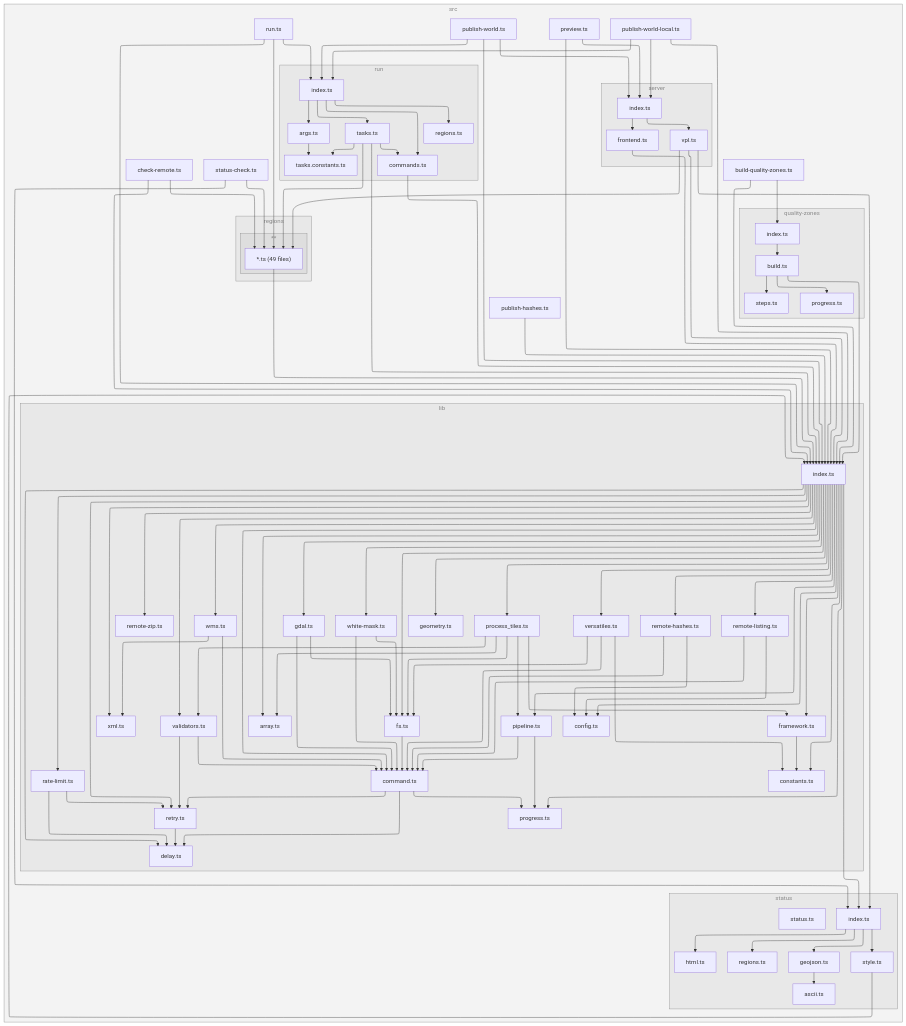
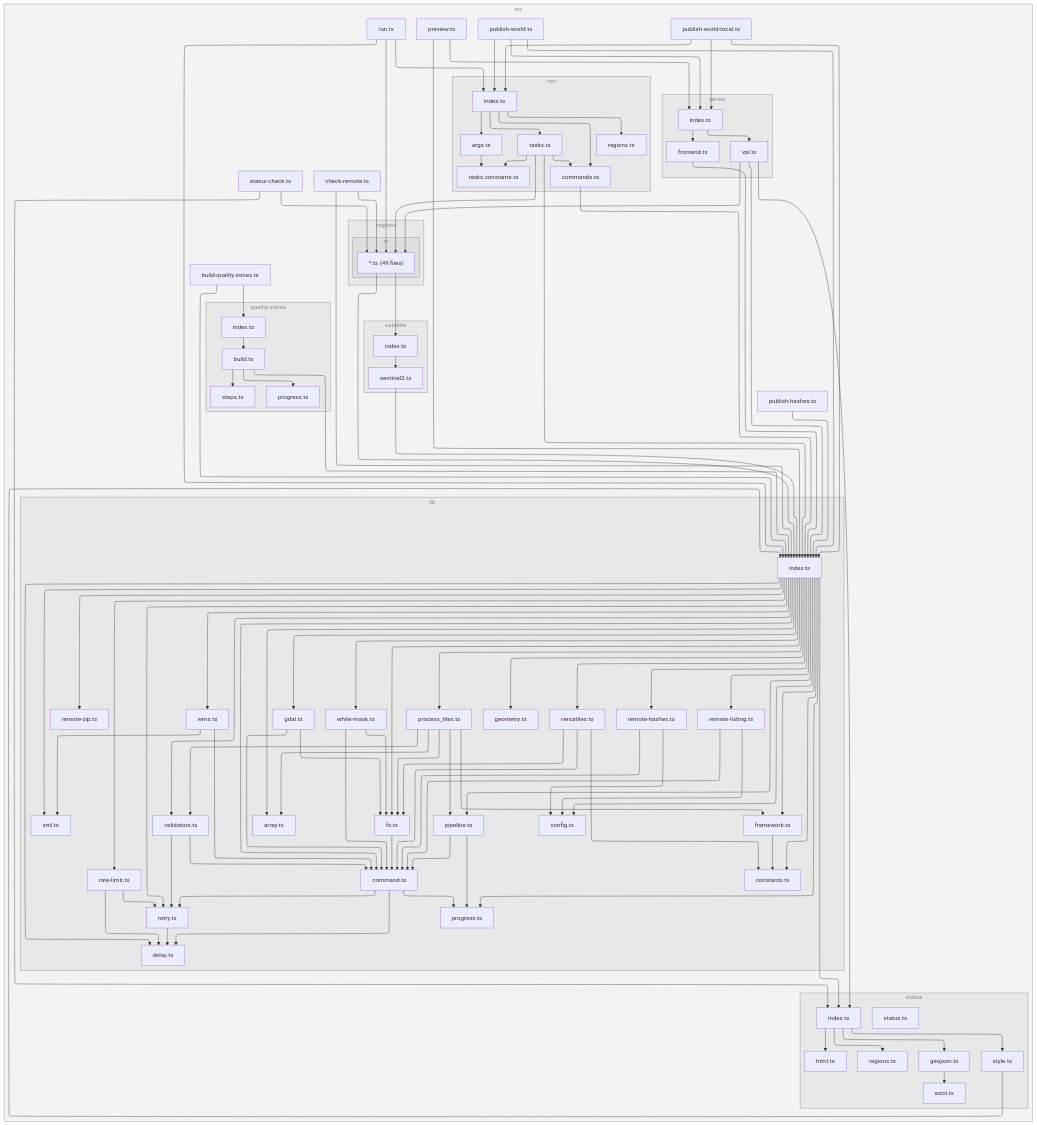
The diagram in README.md (versatiles-org/orthophotos), drawn with Mermaid before and after one commit. The commit also changed 7 other files, not shown here.

Commit message:
feat(satellite): build the satellite base layer from the CDSE Sentinel-2 2025 Q3 global mosaic (#30)

````diff
--- a/README.md
+++ b/README.md
@@ -136,7 +136,7 @@
 8["html.ts"]
 9["regions.ts"]
 A["style.ts"]
-1N["status.ts"]
+1Q["status.ts"]
 end
 subgraph X["quality-zones"]
 Y["index.ts"]
@@ -150,25 +150,29 @@
 15["*.ts (49 files)"]
 end
 end
-16["preview.ts"]
-subgraph 17["server"]
-18["index.ts"]
-19["frontend.ts"]
-1A["vpl.ts"]
+subgraph 16["satellite"]
+17["index.ts"]
+18["sentinel2.ts"]
 end
-1B["publish-hashes.ts"]
-1C["publish-world-local.ts"]
-subgraph 1D["run"]
-1E["index.ts"]
-1F["args.ts"]
-1G["tasks.constants.ts"]
-1H["commands.ts"]
-1I["regions.ts"]
-1J["tasks.ts"]
+19["preview.ts"]
+subgraph 1A["server"]
+1B["index.ts"]
+1C["frontend.ts"]
+1D["vpl.ts"]
 end
-1K["publish-world.ts"]
-1L["run.ts"]
-1M["status-check.ts"]
+1E["publish-hashes.ts"]
+1F["publish-world-local.ts"]
+subgraph 1G["run"]
+1H["index.ts"]
+1I["args.ts"]
+1J["tasks.constants.ts"]
+1K["commands.ts"]
+1L["regions.ts"]
+1M["tasks.ts"]
+end
+1N["publish-world.ts"]
+1O["run.ts"]
+1P["status-check.ts"]
 end
 1-->3
 1-->Y
@@ -237,38 +241,41 @@
 Z-->11
 12-->3
 12-->15
+15-->17
 15-->3
-16-->3
-16-->18
-18-->19
-18-->1A
+17-->18
+18-->3
 19-->3
-1A-->3
-1A-->15
-1A-->5
-1B-->3
+19-->1B
+1B-->1C
+1B-->1D
 1C-->3
-1C-->1E
-1C-->18
-1E-->1F
-1E-->1H
-1E-->1I
-1E-->1J
-1F-->1G
-1H-->3
-1J-->3
-1J-->15
-1J-->1H
-1J-->1G
+1D-->3
+1D-->15
+1D-->5
+1E-->3
+1F-->3
+1F-->1H
+1F-->1B
+1H-->1I
+1H-->1K
+1H-->1L
+1H-->1M
+1I-->1J
 1K-->3
-1K-->1E
-1K-->18
-1L-->3
-1L-->15
-1L-->1E
+1M-->3
 1M-->15
-1M-->5
+1M-->1K
+1M-->1J
+1N-->3
+1N-->1H
+1N-->1B
+1O-->3
+1O-->15
+1O-->1H
+1P-->15
+1P-->5
 
-class 0,2,4,X,13,14,17,1D subgraphs;
+class 0,2,4,X,13,14,16,1A,1G subgraphs;
 classDef subgraphs fill-opacity:0.1, fill:#888, color:#888, stroke:#888;
 ```
````
